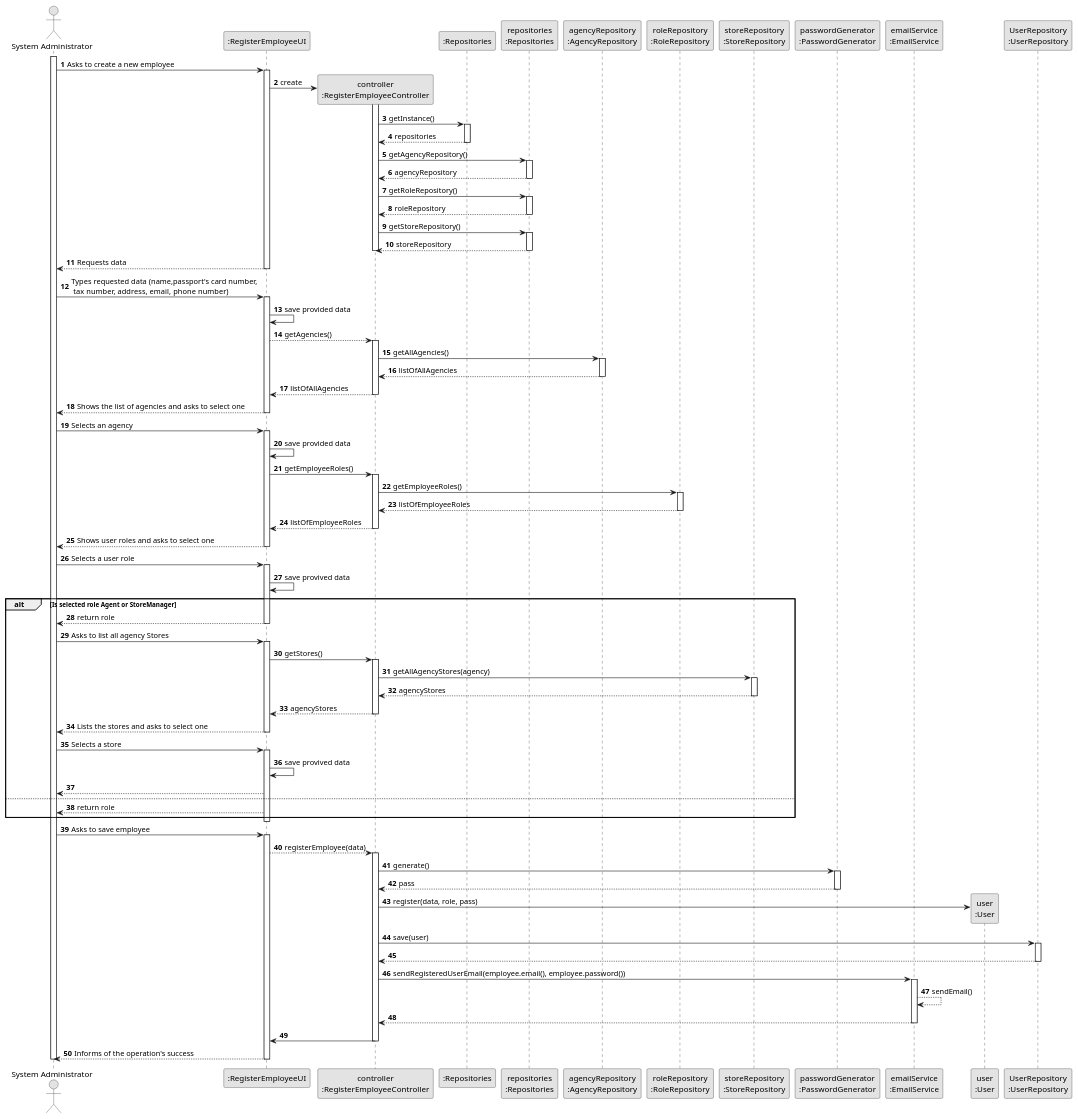
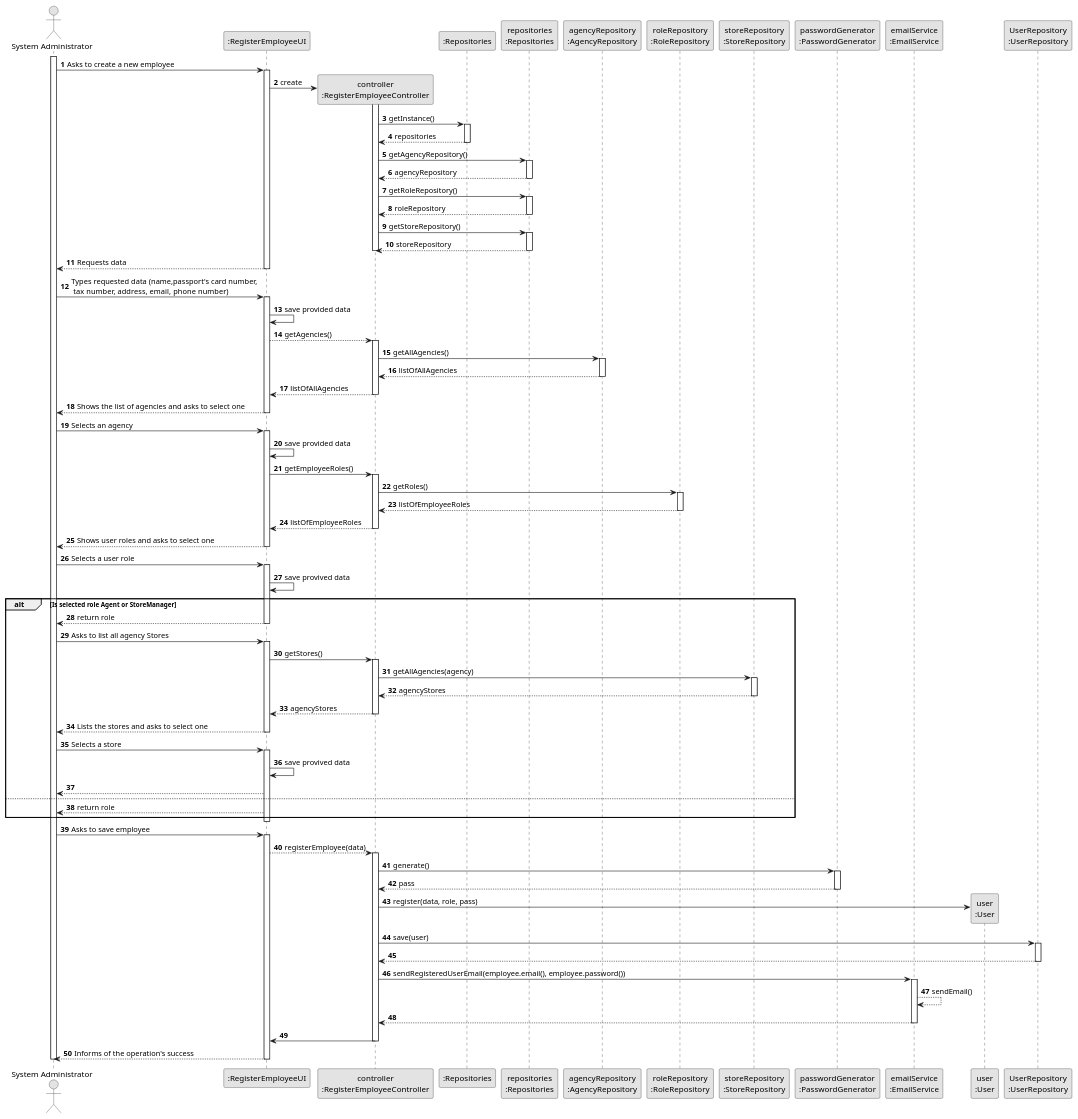
The diagram in docs/sprintB/us003/03.design/puml/us003-sequence-diagram-full.puml (1220812/LAPR2), drawn with PlantUML before and after one commit.

Commit message:
US003 sd updated

```diff
--- a/docs/sprintB/us003/03.design/puml/us003-sequence-diagram-full.puml
+++ b/docs/sprintB/us003/03.design/puml/us003-sequence-diagram-full.puml
@@ -1,199 +1,199 @@
 @startuml
 skinparam monochrome true
 skinparam packageStyle rectangle
 skinparam shadowing false
 
 autonumber
 
 'hide footbox
 actor "System Administrator" as ADM
 participant ":RegisterEmployeeUI" as UI
 participant "controller\n:RegisterEmployeeController" as CTRL
 participant ":Repositories" as RepositorySingleton
 participant "repositories\n:Repositories" as PLAT
 participant "agencyRepository\n:AgencyRepository" as AREPO
 participant "roleRepository\n:RoleRepository" as RREPO
 participant "storeRepository\n:StoreRepository" as SREPO
 participant "passwordGenerator\n:PasswordGenerator" as PASSGEN
 participant "emailService\n:EmailService" as EMSERV
 participant "user\n:User" as EMPLOYEE
 participant "UserRepository\n:UserRepository" as EMREPO
 activate ADM
 
         ADM -> UI : Asks to create a new employee
 
         activate UI
 
 '            UI --> ADM : requests data (reference, description,  informal \n description, technical description, duration, cost)
             'create CTRL
             UI -> CTRL** : create
             activate CTRL
 
                 CTRL -> RepositorySingleton : getInstance()
                         activate RepositorySingleton
 
                             RepositorySingleton --> CTRL: repositories
 
                         deactivate RepositorySingleton
                         CTRL -> PLAT : getAgencyRepository()
                         activate PLAT
 
                             PLAT --> CTRL : agencyRepository
 
                         deactivate PLAT
                         CTRL -> PLAT : getRoleRepository()
                         activate PLAT
 
                             PLAT --> CTRL : roleRepository
 
                         deactivate PLAT
                         CTRL -> PLAT : getStoreRepository()
                         activate PLAT
 
                             PLAT --> CTRL : storeRepository
 
                         deactivate PLAT
             deactivate CTRL
 
             UI --> ADM : Requests data
        deactivate UI
 
        ADM -> UI : Types requested data (name,passport's card number,\n tax number, address,  email, phone number)
 
        activate UI
             UI -> UI : save provided data
             UI --> CTRL : getAgencies()
             activate CTRL
 
                 CTRL -> AREPO : getAllAgencies()
 
                 activate AREPO
 
                     AREPO --> CTRL : listOfAllAgencies
 
                 deactivate AREPO
 
                 CTRL --> UI : listOfAllAgencies
 
             deactivate CTRL
             UI --> ADM : Shows the list of agencies and asks to select one
 
        deactivate UI
 
        ADM -> UI : Selects an agency
 
        activate UI
 
             UI -> UI : save provided data
             UI -> CTRL : getEmployeeRoles()
 
             activate CTRL
 
-                CTRL -> RREPO : getEmployeeRoles()
+                CTRL -> RREPO : getRoles()
 
                 activate RREPO
 
                     RREPO --> CTRL : listOfEmployeeRoles
 
                 deactivate RREPO
 
                 CTRL --> UI : listOfEmployeeRoles
 
             deactivate CTRL
 
             UI --> ADM : Shows user roles and asks to select one
 
        deactivate UI
 
        ADM -> UI : Selects a user role
 
        activate UI
 
             UI -> UI : save provived data
 
 
        alt Is selected role Agent or StoreManager
             UI --> ADM : return role
             deactivate UI
 
        ADM -> UI : Asks to list all agency Stores
 
         activate UI
 
             UI -> CTRL : getStores()
 
                 activate CTRL
 
-                    CTRL -> SREPO : getAllAgencyStores(agency)
+                    CTRL -> SREPO : getAllAgencies(agency)
 
                     activate SREPO
 
                         SREPO --> CTRL : agencyStores
 
                     deactivate SREPO
 
                     CTRL --> UI : agencyStores
 
                 deactivate CTRL
 
                 UI --> ADM : Lists the stores and asks to select one
 
                 deactivate UI
 
             ADM -> UI : Selects a store
 
             activate UI
 
                 UI -> UI : save provived data
                 UI --> ADM :
        else
             UI --> ADM : return role
        end
 
        deactivate UI
 
     ADM -> UI : Asks to save employee
 
         activate UI
 
             UI --> CTRL : registerEmployee(data)
 
             activate CTRL
 
                 CTRL -> PASSGEN : generate()
 
                 activate PASSGEN
 
                 PASSGEN --> CTRL : pass
 
                 deactivate PASSGEN
 
                 CTRL -> EMPLOYEE** : register(data, role, pass)
 
                 CTRL -> EMREPO : save(user)
 
                 activate EMREPO
 
                     EMREPO --> CTRL
 
                 deactivate EMREPO
 
                 CTRL -> EMSERV : sendRegisteredUserEmail(employee.email(), employee.password())
 
                 activate EMSERV
 
                     EMSERV --> EMSERV : sendEmail()
                     EMSERV --> CTRL
 
 
                 deactivate EMSERV
 
                 CTRL -> UI
 
             deactivate CTRL
 
             UI --> ADM : Informs of the operation's success
 
     deactivate UI
 deactivate ADM
 @enduml
```
